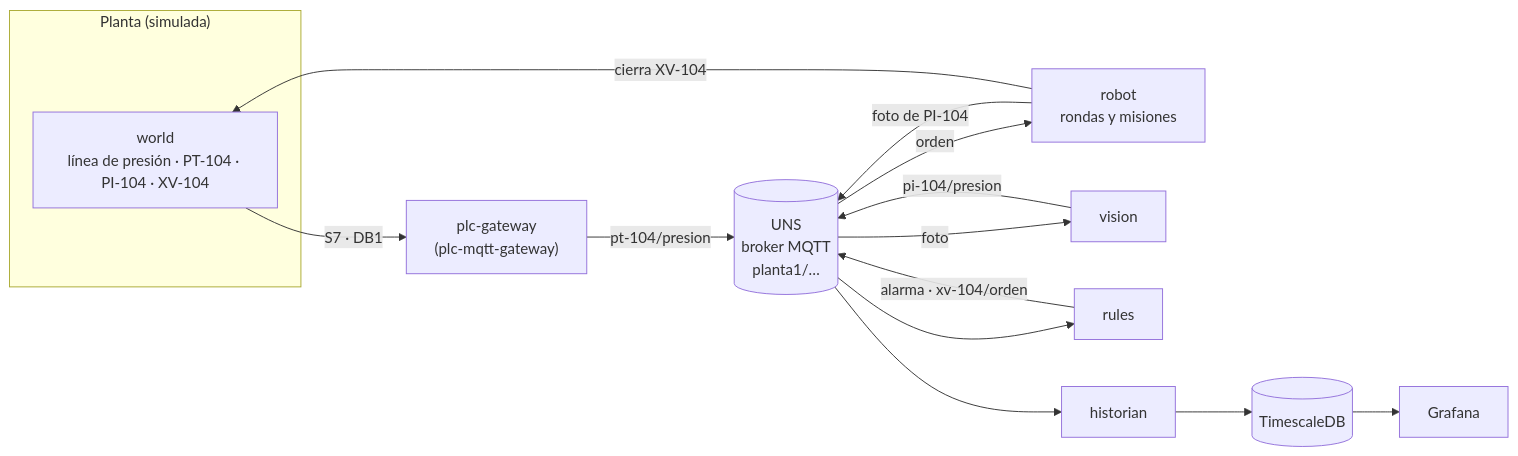
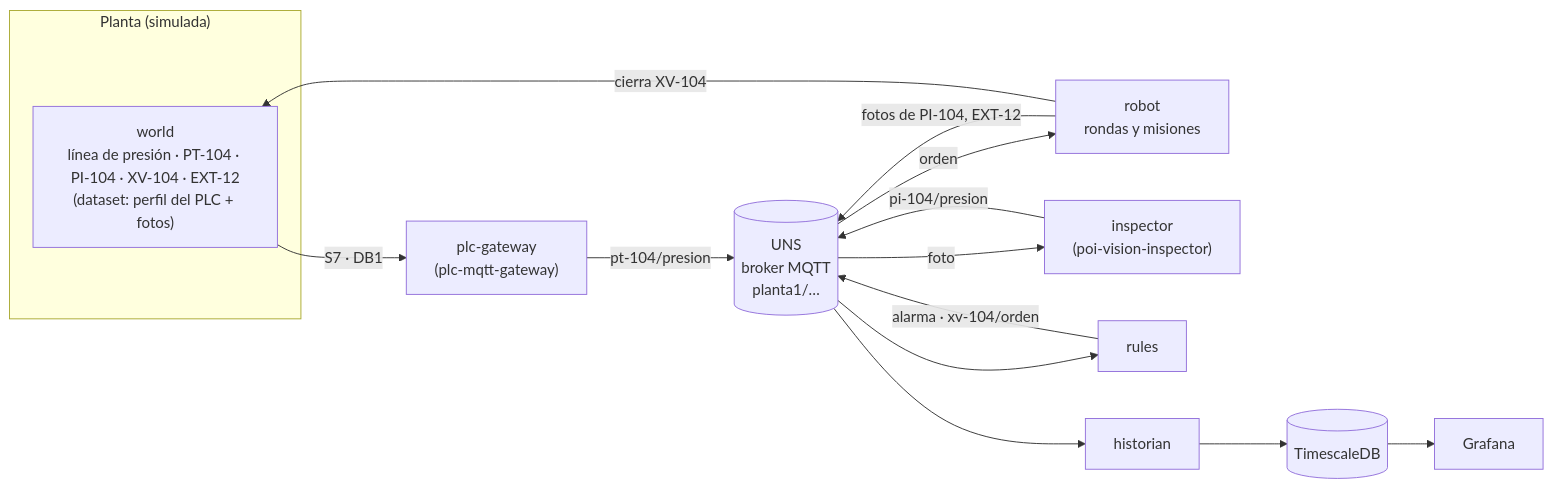
One commit to aseinotegi/industrial-uns-demo changed the diagram in README.es.md. Above: the diagram before and after it, drawn with Mermaid. The commit also changed other lines of this file and 40 other files, not shown here.

Commit message:
Real vision in the UNS: dataset of photos and PLC profile, poi-vision-inspector reads the robot's photos, extinguisher rule

````diff
--- a/README.es.md
+++ b/README.es.md
@@ -13,17 +13,17 @@
 ```mermaid
 flowchart LR
     subgraph plant["Planta (simulada)"]
-        W["world<br/>línea de presión · PT-104 · PI-104 · XV-104"]
+        W["world<br/>línea de presión · PT-104 · PI-104 · XV-104 · EXT-12<br/>(dataset: perfil del PLC + fotos)"]
     end
-    R["robot<br/>rondas y misiones"] -- "foto de PI-104" --> B
+    R["robot<br/>rondas y misiones"] -- "fotos de PI-104, EXT-12" --> B
     W -- "S7 · DB1" --> G["plc-gateway<br/>(plc-mqtt-gateway)"]
     G -- "pt-104/presion" --> B
     B[("UNS<br/>broker MQTT<br/>planta1/…")]
-    B -- foto --> V["vision"]
+    B -- foto --> V["inspector<br/>(poi-vision-inspector)"]
     V -- "pi-104/presion" --> B
     B --> RU["rules"]
     RU -- "alarma · xv-104/orden" --> B
     B -- orden --> R
     R -- "cierra XV-104" --> W
     B --> H["historian"] --> T[("TimescaleDB")] --> GR["Grafana"]
 ```
````
